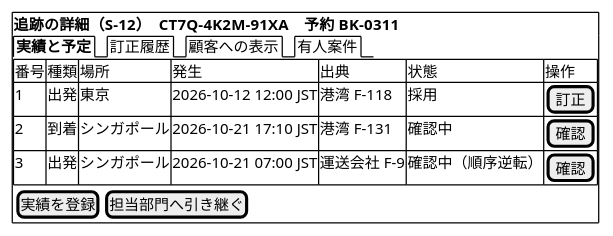
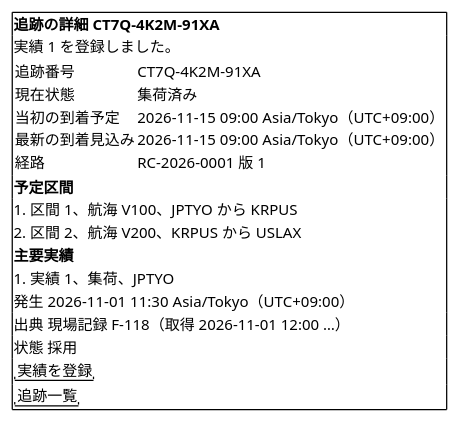
Before and after one commit to k2works/practical-domain-driven-design-in-enterpris-application: diagram 20 of 23 in docs/design/cargo-tracker/ui_design.md, drawn with PlantUML. The commit also changed other lines of this file and 9 other files, not shown here.

````diff
--- a/docs/design/cargo-tracker/ui_design.md
+++ b/docs/design/cargo-tracker/ui_design.md
@@ -773,15 +776,25 @@
 ```plantuml
 @startsalt
 {+
-  <b>追跡の詳細（S-12）　CT7Q-4K2M-91XA　予約 BK-0311
-  {/ <b>実績と予定 | 訂正履歴 | 顧客への表示 | 有人案件 }
-  {#
-    番号 | 種類 | 場所 | 発生 | 出典 | 状態 | 操作
-    1 | 出発 | 東京 | 2026-10-12 12:00 JST | 港湾 F-118 | 採用 | [ 訂正 ]
-    2 | 到着 | シンガポール | 2026-10-21 17:10 JST | 港湾 F-131 | 確認中 | [ 確認 ]
-    3 | 出発 | シンガポール | 2026-10-21 07:00 JST | 運送会社 F-9 | 確認中（順序逆転） | [ 確認 ]
+  <b>追跡の詳細 CT7Q-4K2M-91XA
+  実績 1 を登録しました。
+  {
+    追跡番号 | CT7Q-4K2M-91XA
+    現在状態 | 集荷済み
+    当初の到着予定 | 2026-11-15 09:00 Asia/Tokyo（UTC+09:00）
+    最新の到着見込み | 2026-11-15 09:00 Asia/Tokyo（UTC+09:00）
+    経路 | RC-2026-0001 版 1
   }
-  { [ 実績を登録 ] | [ 担当部門へ引き継ぐ ] }
+  <b>予定区間
+  1. 区間 1、航海 V100、JPTYO から KRPUS
+  2. 区間 2、航海 V200、KRPUS から USLAX
+  <b>主要実績
+  1. 実績 1、集荷、JPTYO
+     発生 2026-11-01 11:30 Asia/Tokyo（UTC+09:00）
+     出典 現場記録 F-118（取得 2026-11-01 12:00 …）
+     状態 採用
+  "実績を登録"
+  "追跡一覧"
 }
 @endsalt
 ```
````
